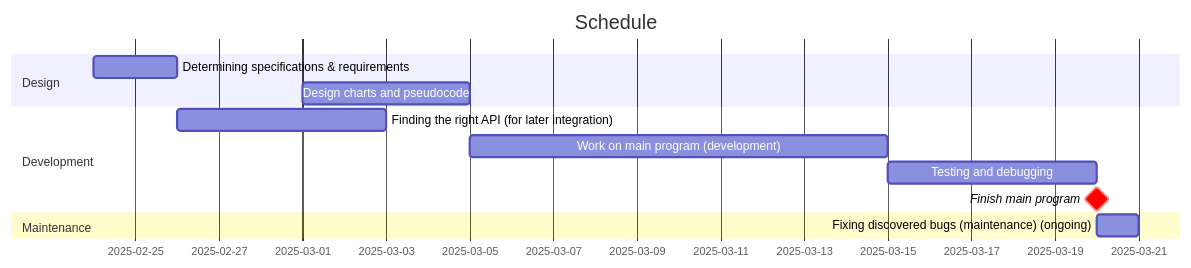
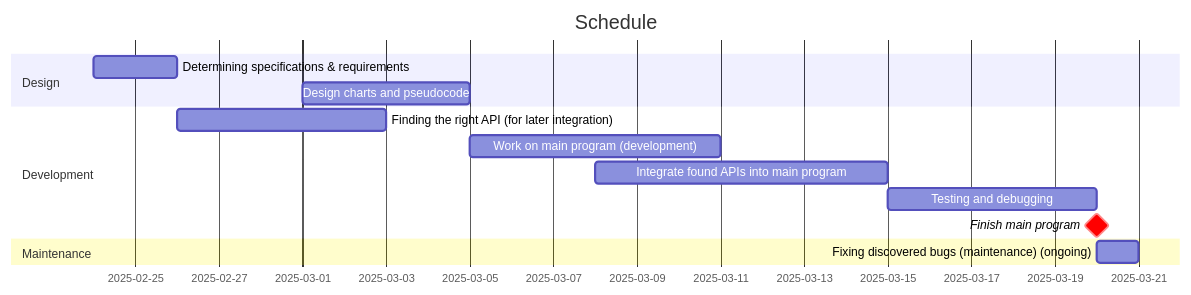
Before and after one commit to Tsunami014/3D-Map: the first of 4 diagrams in theory/DEVELOPMENT.md, drawn with Mermaid. The commit also changed other lines of this file and 2 other files, not shown here.

````diff
--- a/theory/DEVELOPMENT.md
+++ b/theory/DEVELOPMENT.md
@@ -41,15 +42,16 @@
 ```mermaid
 gantt
     title Schedule
     dateFormat DD-MM-YY
     section Design
         Determining specifications & requirements     :24-02-25, 26-02-25
         Design charts and pseudocode                  :01-03-25, 05-03-25
     section Development
         Finding the right API (for later integration) :26-02-25, 03-03-25
-        Work on main program (development)            :05-03-25, 15-03-25
+        Work on main program (development)            :05-03-25, 11-03-25
+        Integrate found APIs into main program        :08-03-25, 15-03-25
         Testing and debugging                         :15-03-25, 20-03-25
         Finish main program          :milestone, crit, dne, 20-03-25, 0d
     section Maintenance
         Fixing discovered bugs (maintenance) (ongoing) :after dne, 1d
 ```
````
